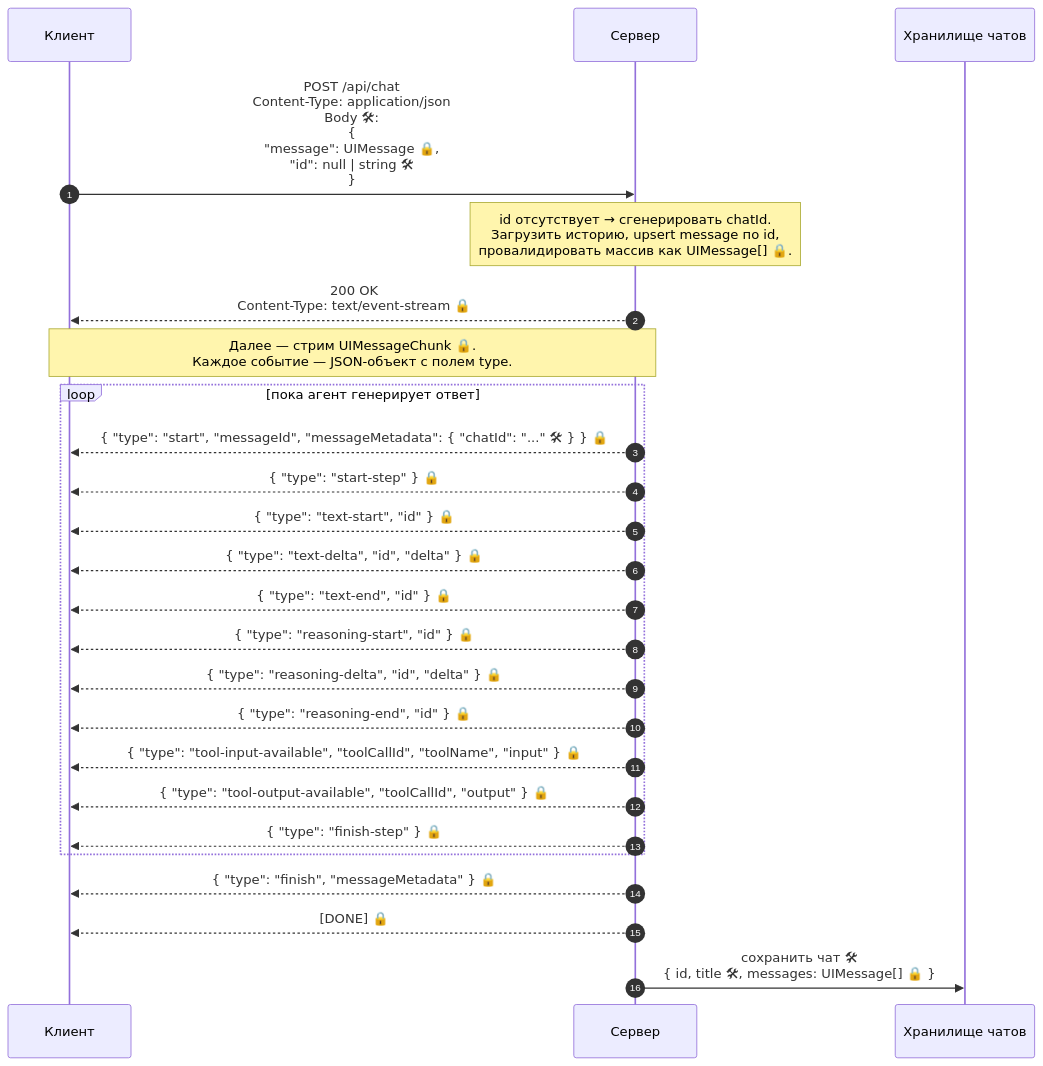
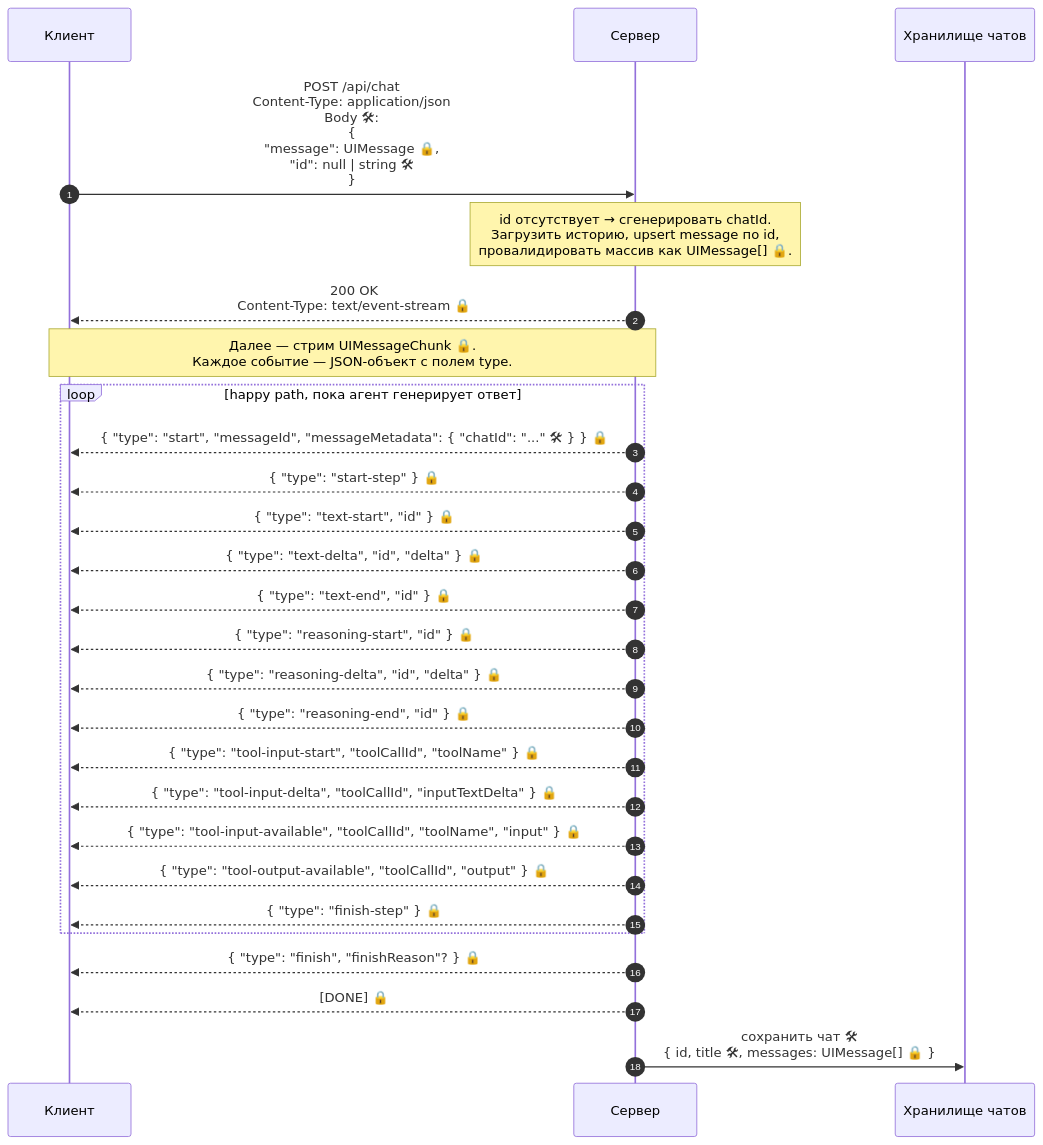
Before and after one commit to naknumberone/assistant-test: the first of 3 diagrams in WORKFLOW.md, drawn with Mermaid. The commit also changed other lines of this file, not shown here.

````diff
--- a/WORKFLOW.md
+++ b/WORKFLOW.md
@@ -75,33 +82,35 @@
 ```mermaid
 sequenceDiagram
     autonumber
     participant C as Клиент
     participant S as Сервер
     participant St as Хранилище чатов
 
     C->>S: POST /api/chat<br/>Content-Type: application/json<br/>Body 🛠:<br/>{<br/>  "message": UIMessage 🔒,<br/>  "id": null | string 🛠<br/>}
 
     Note over S: id отсутствует → сгенерировать chatId.<br/>Загрузить историю, upsert message по id,<br/>провалидировать массив как UIMessage[] 🔒.
 
     S-->>C: 200 OK<br/>Content-Type: text/event-stream 🔒
 
     Note over C,S: Далее — стрим UIMessageChunk 🔒.<br/>Каждое событие — JSON-объект с полем type.
 
-    loop пока агент генерирует ответ
+    loop happy path, пока агент генерирует ответ
         S-->>C: { "type": "start",                   "messageId", "messageMetadata": { "chatId": "..." 🛠 } }  🔒
         S-->>C: { "type": "start-step" }                                                                       🔒
         S-->>C: { "type": "text-start",              "id" }                                                    🔒
         S-->>C: { "type": "text-delta",              "id", "delta" }                                           🔒
         S-->>C: { "type": "text-end",                "id" }                                                    🔒
         S-->>C: { "type": "reasoning-start",         "id" }                                                    🔒
         S-->>C: { "type": "reasoning-delta",         "id", "delta" }                                           🔒
         S-->>C: { "type": "reasoning-end",           "id" }                                                    🔒
+        S-->>C: { "type": "tool-input-start",        "toolCallId", "toolName" }                                🔒
+        S-->>C: { "type": "tool-input-delta",        "toolCallId", "inputTextDelta" }                          🔒
         S-->>C: { "type": "tool-input-available",    "toolCallId", "toolName", "input" }                       🔒
         S-->>C: { "type": "tool-output-available",   "toolCallId", "output" }                                  🔒
         S-->>C: { "type": "finish-step" }                                                                      🔒
     end
-    S-->>C: { "type": "finish", "messageMetadata" }  🔒
+    S-->>C: { "type": "finish", "finishReason"? }   🔒
     S-->>C: [DONE]                                   🔒
 
     S->>St: сохранить чат 🛠<br/>{ id, title 🛠, messages: UIMessage[] 🔒 }
 ```
````
